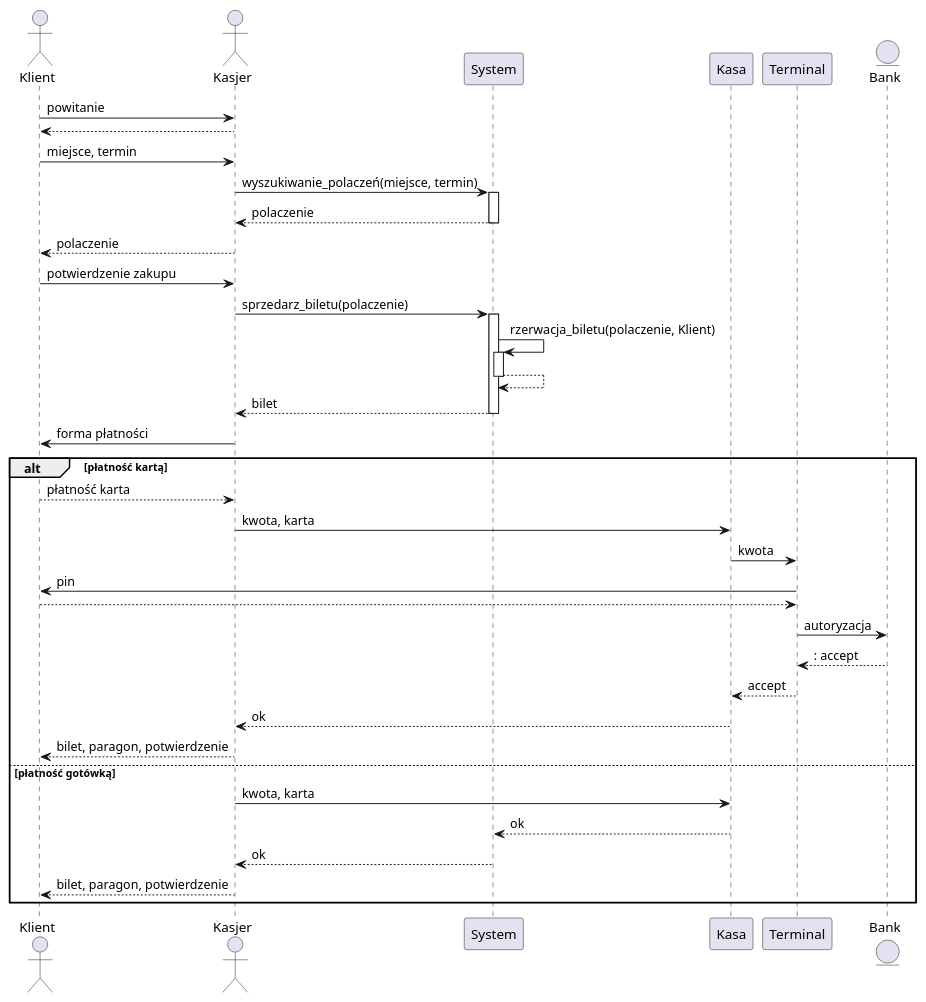
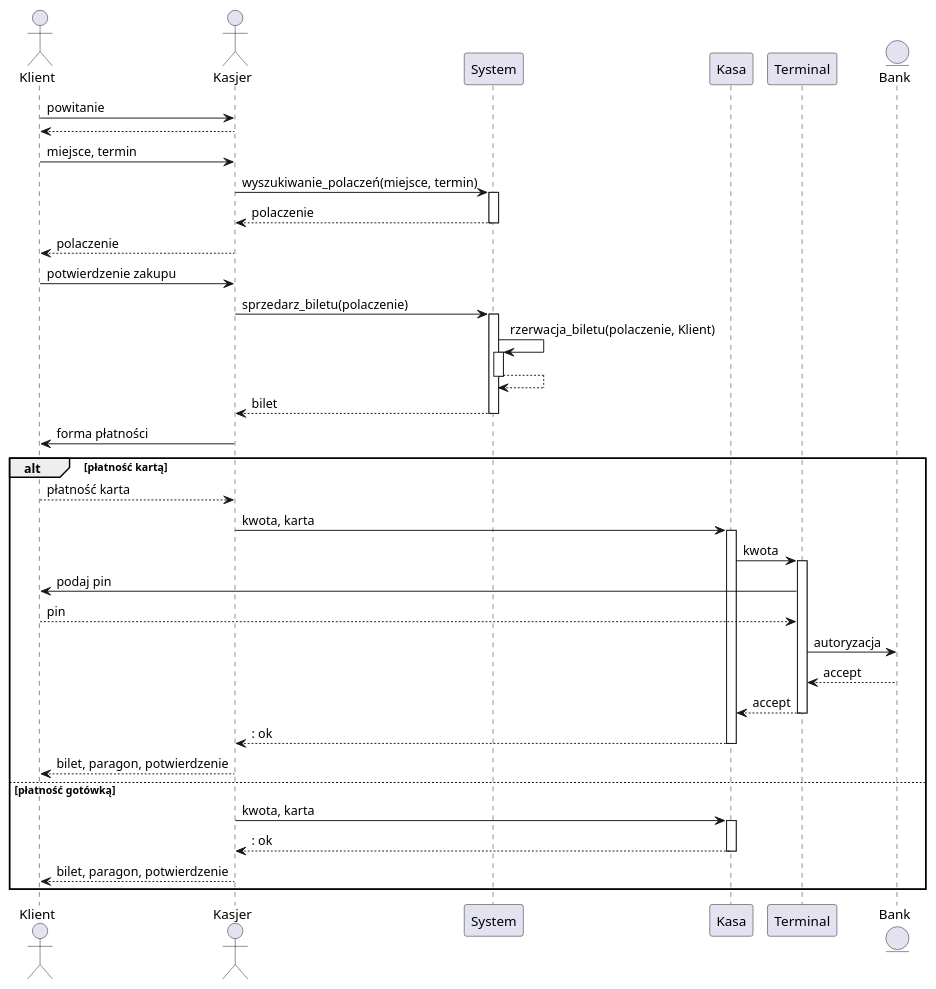
The diagram in zaoczne/G1/pkp_sequence_diagram.plantuml (kpodlaski/ProjektowanieObiektowe2021), drawn with PlantUML before and after one commit.

Commit message:
diagram sekwencji, G1, v2

```diff
--- a/zaoczne/G1/pkp_sequence_diagram.plantuml
+++ b/zaoczne/G1/pkp_sequence_diagram.plantuml
@@ -1,50 +1,52 @@
 @startuml
 
 actor Klient
 actor Kasjer
 
 
 
 Klient -> Kasjer : powitanie
 return 
 Klient -> Kasjer : miejsce, termin
 Kasjer -> System : wyszukiwanie_polaczeń(miejsce, termin)
 activate System
 return polaczenie
 Kasjer --> Klient: polaczenie
 Klient -> Kasjer : potwierdzenie zakupu
 Kasjer -> System : sprzedarz_biletu(polaczenie)
 activate System
 System -> System : rzerwacja_biletu(polaczenie, Klient)
 activate System
 return
 System --> Kasjer : bilet
 
 deactivate System
 
 Kasjer -> Klient : forma płatności
 'dodać aktwacje poniżej
 alt płatność kartą 
     return płatność karta
     Kasjer -> Kasa : kwota, karta
+    activate Kasa
     Kasa -> Terminal : kwota
-    Terminal -> Klient : pin
-    return 
+    activate Terminal
+    Terminal -> Klient : podaj pin
+    Klient --> Terminal : pin 
 
     entity Bank
     Terminal -> Bank : autoryzacja 
-    return : accept
-    Terminal --> Kasa : accept
-    Kasa --> Kasjer : ok
+    Bank --> Terminal : accept
+    return accept
+    return : ok
     ' Dodać wydrukowanie biletu i paragonu
     Kasjer --> Klient: bilet, paragon, potwierdzenie
 
 else płatność gotówką
     Kasjer -> Kasa : kwota, karta
-    Kasa --> System : ok
-    System --> Kasjer : ok
+    activate Kasa
+    return : ok
     ' Dodać wydrukowanie biletu i paragonu
     Kasjer --> Klient: bilet, paragon, potwierdzenie
 end
 
 @enduml
```
